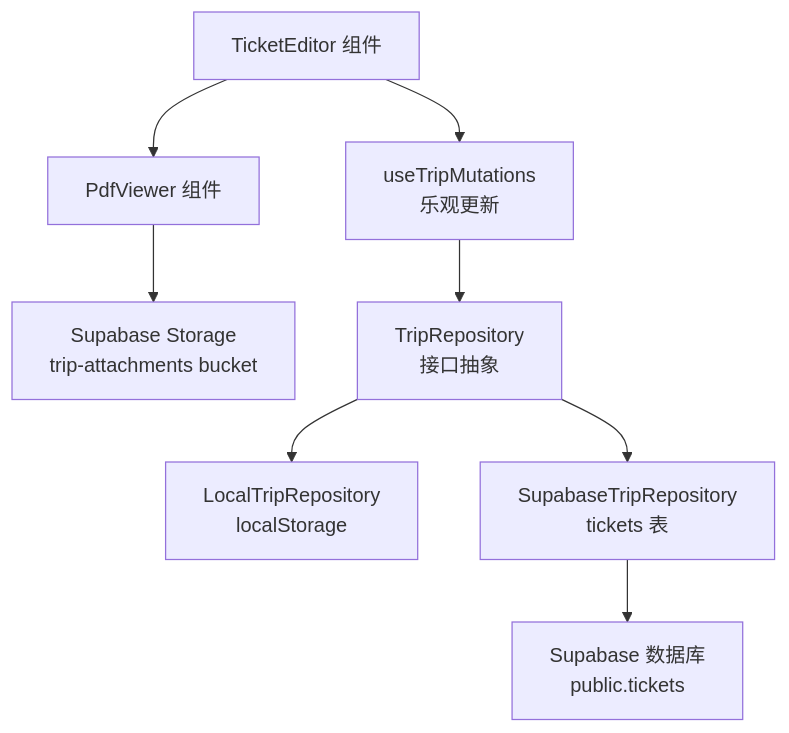
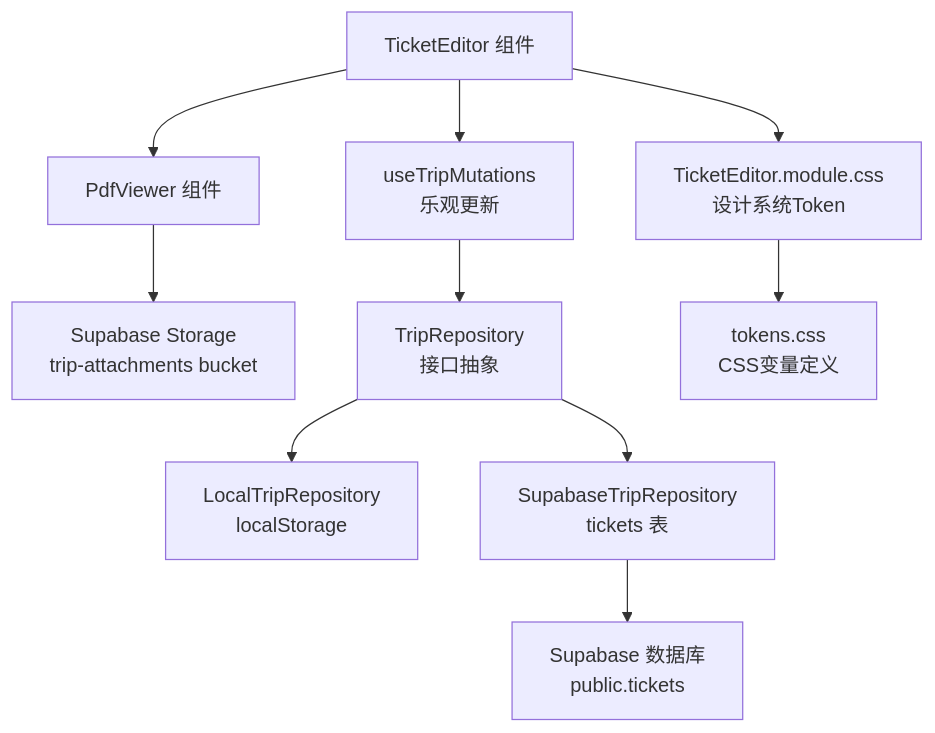
Before and after one commit to huangyilu/wanwuyishi: the first of 4 diagrams in .qoder/repowiki/zh/content/核心功能模块/行程管理模块/项目编辑器/票务编辑器/票务编辑器.md, drawn with Mermaid. The commit also changed other lines of this file and 108 other files, not shown here.

````diff
--- a/.qoder/repowiki/zh/content/核心功能模块/行程管理模块/项目编辑器/票务编辑器/票务编辑器.md
+++ b/.qoder/repowiki/zh/content/核心功能模块/行程管理模块/项目编辑器/票务编辑器/票务编辑器.md
@@ -48,10 +49,12 @@
 ```mermaid
 graph TB
 UI["TicketEditor 组件"] --> Mut["useTripMutations<br/>乐观更新"]
 UI --> PDF["PdfViewer 组件"]
 PDF --> Storage["Supabase Storage<br/>trip-attachments bucket"]
 Mut --> Repo["TripRepository<br/>接口抽象"]
 Repo --> Local["LocalTripRepository<br/>localStorage"]
 Repo --> Cloud["SupabaseTripRepository<br/>tickets 表"]
 Cloud --> DB["Supabase 数据库<br/>public.tickets"]
+UI --> Styles["TicketEditor.module.css<br/>设计系统Token"]
+Styles --> Tokens["tokens.css<br/>CSS变量定义"]
 ```
````
